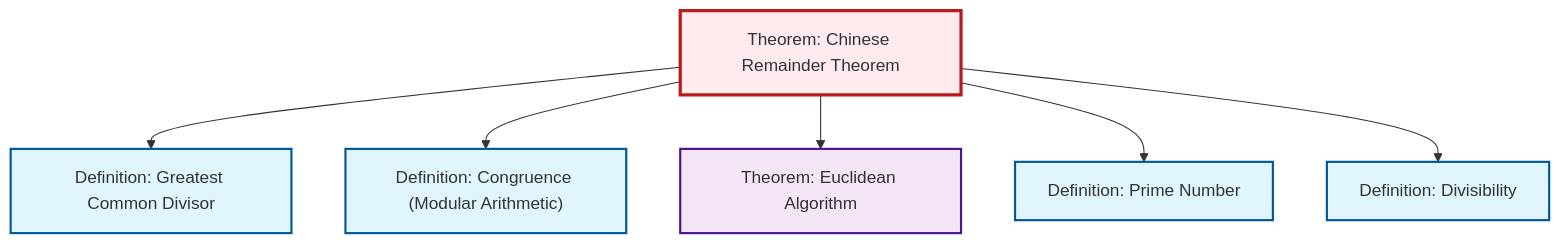
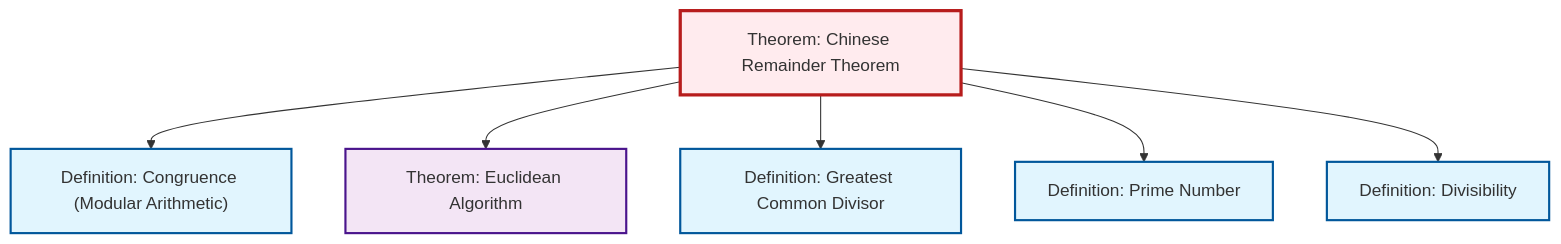
Before and after one commit to RK0429/ModernMath: the diagram in content/ja/number-theory/thm-chinese-remainder.qmd, drawn with Mermaid. The commit also changed other lines of this file and 619 other files, not shown here.

````diff
--- a/content/ja/number-theory/thm-chinese-remainder.qmd
+++ b/content/ja/number-theory/thm-chinese-remainder.qmd
@@ -89,26 +89,26 @@
 ```{mermaid}
 %%| fig-cap: "Local dependency graph"
 graph TD
     classDef definition fill:#e1f5fe,stroke:#01579b,stroke-width:2px
     classDef theorem fill:#f3e5f5,stroke:#4a148c,stroke-width:2px
     classDef axiom fill:#fff3e0,stroke:#e65100,stroke-width:2px
     classDef example fill:#e8f5e9,stroke:#1b5e20,stroke-width:2px
     classDef current fill:#ffebee,stroke:#b71c1c,stroke-width:3px
+    def-congruence["Definition: Congruence (Modular Arithmetic)"]:::definition
     def-gcd["Definition: Greatest Common Divisor"]:::definition
-    def-congruence["Definition: Congruence (Modular Arithmetic)"]:::definition
+    def-divisibility["Definition: Divisibility"]:::definition
+    def-prime["Definition: Prime Number"]:::definition
+    thm-euclidean-algorithm["Theorem: Euclidean Algorithm"]:::theorem
     thm-chinese-remainder["Theorem: Chinese Remainder Theorem"]:::theorem
-    thm-euclidean-algorithm["Theorem: Euclidean Algorithm"]:::theorem
-    def-prime["Definition: Prime Number"]:::definition
-    def-divisibility["Definition: Divisibility"]:::definition
-    thm-chinese-remainder --> def-gcd
     thm-chinese-remainder --> def-congruence
     thm-chinese-remainder --> thm-euclidean-algorithm
+    thm-chinese-remainder --> def-gcd
     thm-chinese-remainder --> def-prime
     thm-chinese-remainder --> def-divisibility
     class thm-chinese-remainder current
+    click def-congruence "def-congruence.html" "Definition: Congruence (Modular Arithmetic)へ"
     click def-gcd "def-gcd.html" "Definition: Greatest Common Divisorへ"
-    click def-congruence "def-congruence.html" "Definition: Congruence (Modular Arithmetic)へ"
+    click def-divisibility "def-divisibility.html" "Definition: Divisibilityへ"
+    click def-prime "def-prime.html" "Definition: Prime Numberへ"
     click thm-euclidean-algorithm "thm-euclidean-algorithm.html" "Theorem: Euclidean Algorithmへ"
-    click def-prime "def-prime.html" "Definition: Prime Numberへ"
-    click def-divisibility "def-divisibility.html" "Definition: Divisibilityへ"
 ```
````
